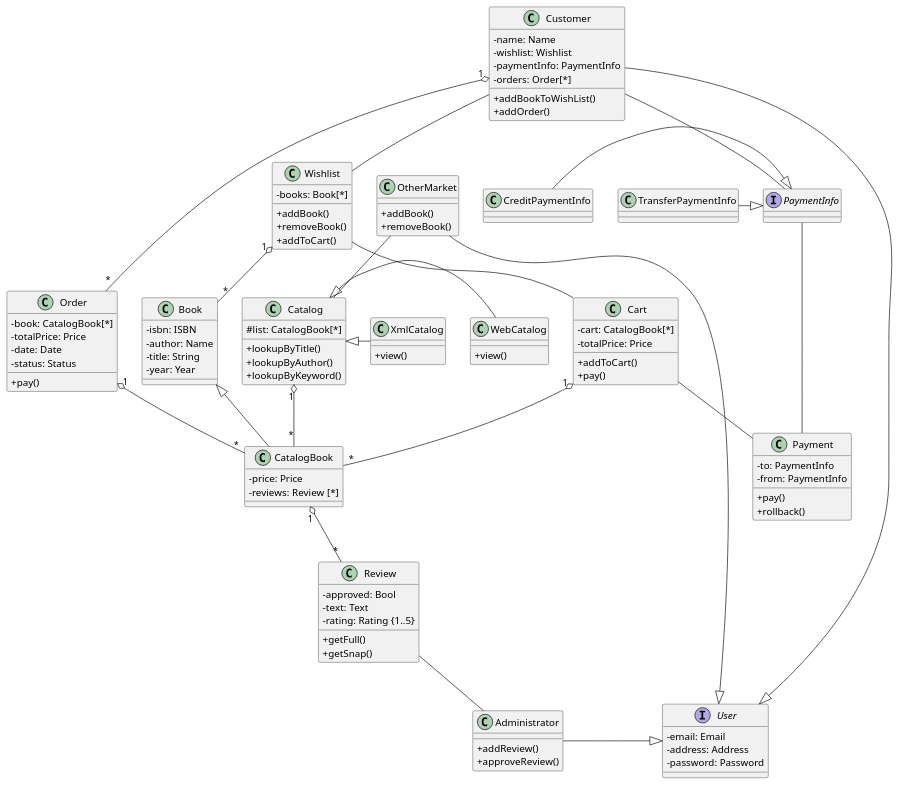
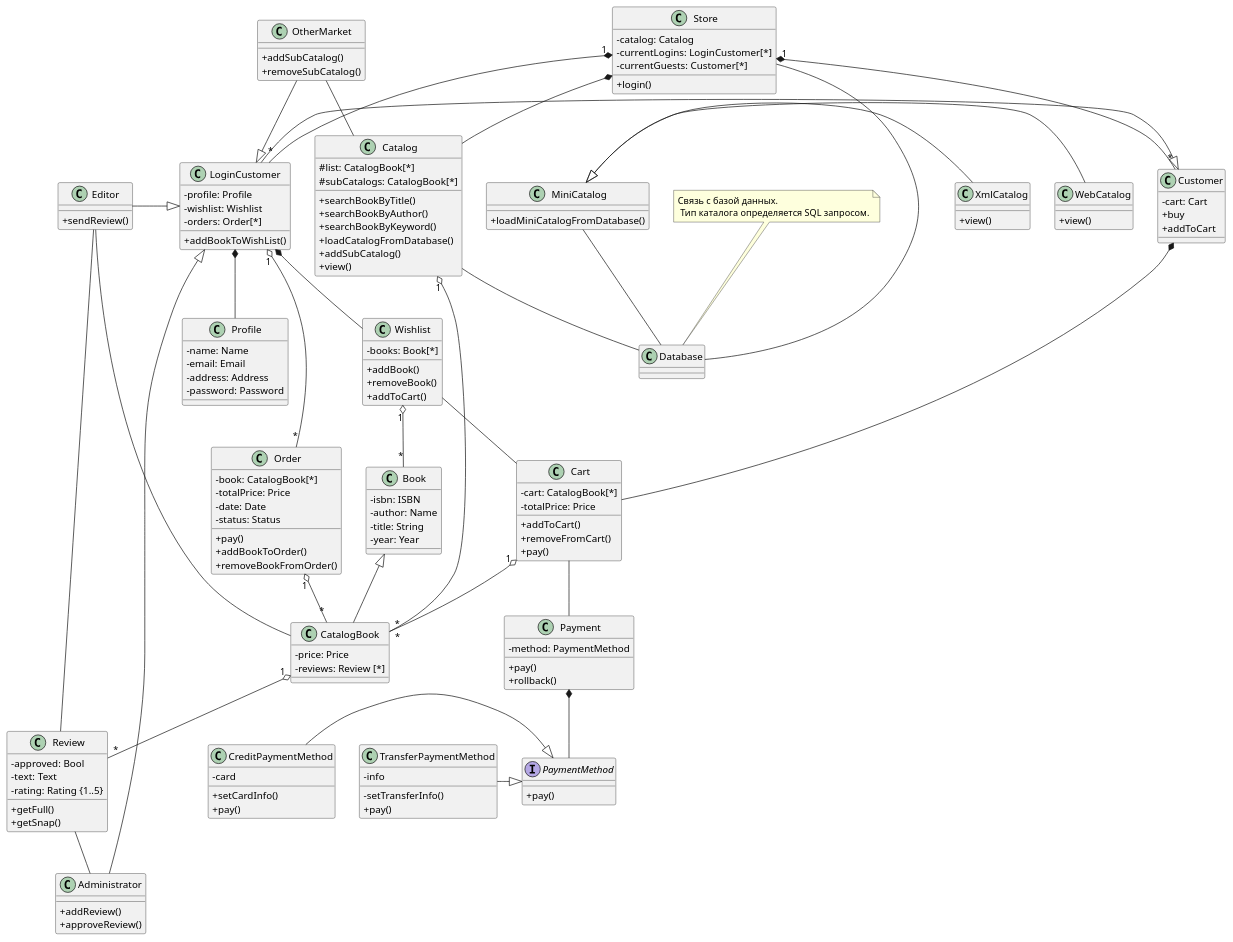
One commit to kuklinamd/sdhw changed the diagram in hw5/bookshop.puml. Above: the diagram before and after it, drawn with PlantUML. The commit also changed 1 other file, not shown here.

```diff
--- a/hw5/bookshop.puml
+++ b/hw5/bookshop.puml
@@ -1,119 +1,169 @@
 @startuml
 skinparam classAttributeIconSize 0
 
 class Book {
 	-isbn: ISBN
 	-author: Name
 	-title: String
 	-year: Year
 }
 
 class CatalogBook {
 	-price: Price
 	-reviews: Review [*]
 }
 Book <|-- CatalogBook
 
-interface User {
+class Profile {
+    -name: Name
 	-email: Email
 	-address: Address
 	-password: Password
 }
 
 class Wishlist {
 	-books: Book[*]
 	+addBook()
 	+removeBook()
 	+addToCart()
 }
 Wishlist -- Cart
 Wishlist "1" o-- "*" Book
 
 class Customer {
-    -name: Name
+	-cart: Cart
+	+buy
+	+addToCart
+}
+Customer *-- Cart
+
+class LoginCustomer {
+    -profile: Profile
 	-wishlist: Wishlist
-	-paymentInfo: PaymentInfo
 	-orders: Order[*]
 
 	+addBookToWishList()
-	+addOrder()
 }
-Customer -|> User
-Customer -- PaymentInfo
-Customer "1" o-- "*" Order
-Customer -- Wishlist
+LoginCustomer -|> Customer
+LoginCustomer "1" o-- "*" Order
+LoginCustomer *-- Wishlist
+LoginCustomer *-- Profile
 
 class Administrator {
 	+ addReview()
 	+ approveReview()
 }
-Administrator -|> User
+Administrator -|> LoginCustomer
 Review -- Administrator
 
 class OtherMarket {
-    +addBook()
-    +removeBook()
+    +addSubCatalog()
+    +removeSubCatalog()
 }
-OtherMarket -|> User
+OtherMarket -|> LoginCustomer
 OtherMarket -- Catalog
+
+class Editor {
+	+sendReview()
+}
+Editor -|> LoginCustomer
+Editor -- CatalogBook
+Editor -- Review
 
 class Review {
     -approved: Bool
     -text: Text
     -rating: Rating {1..5}
 	+getFull()
 	+getSnap()
 }
 CatalogBook "1" o-- "*" Review
 
 class Order {
 	-book: CatalogBook[*]
 	-totalPrice: Price
 	-date: Date
 	-status: Status
 	+pay()
+	+addBookToOrder()
+	+removeBookFromOrder()
 }
 Order "1" o-- "*" CatalogBook
 
 class Cart {
 	-cart: CatalogBook[*]
 	-totalPrice: Price
 	+addToCart()
+	+removeFromCart()
 	+pay()
 }
 Cart "1" o-- "*" CatalogBook
 Cart -- Payment
 
 class Payment {
-	-to: PaymentInfo
-	-from: PaymentInfo
+	-method: PaymentMethod
 	+pay()
 	+rollback()
 }
 
-interface PaymentInfo
-class CreditPaymentInfo
-class TransferPaymentInfo
-TransferPaymentInfo -|> PaymentInfo
-CreditPaymentInfo -|> PaymentInfo
-PaymentInfo -- Payment
+interface PaymentMethod {
+	+pay()
+}
+class CreditPaymentMethod {
+    -card
+    +setCardInfo()
+    +pay()
+}
+class TransferPaymentMethod {
+    -info
+    -setTransferInfo()
+    +pay()
+}
+
+TransferPaymentMethod -|> PaymentMethod
+CreditPaymentMethod -|> PaymentMethod
+Payment *-- PaymentMethod
+
+class Database
+note top of Database : Связь с базой данных. \n Тип каталога определяется SQL запросом.
 
 class Catalog {
     #list: CatalogBook[*]
-	+lookupByTitle()
-	+lookupByAuthor()
-	+lookupByKeyword()
+    #subCatalogs: CatalogBook[*]
+	+searchBookByTitle()
+	+searchBookByAuthor()
+	+searchBookByKeyword()
+	+loadCatalogFromDatabase()
+	+addSubCatalog()
+	+view()
 }
 Catalog "1" o-- "*" CatalogBook
+Catalog -- Database
+
+class MiniCatalog {
+	+loadMiniCatalogFromDatabase()
+}
+MiniCatalog -- Database
 
 class XmlCatalog {
 	+view()
 }
-Catalog <|- XmlCatalog
+MiniCatalog <|- XmlCatalog
 
 class WebCatalog {
 	+view()
 }
-Catalog <|- WebCatalog
+MiniCatalog <|- WebCatalog
+
+class Store {
+	-catalog: Catalog
+	-currentLogins: LoginCustomer[*]
+	-currentGuests: Customer[*]
+	+login()
+}
+Store *-- Catalog
+Store "1" *-- "*" LoginCustomer
+Store "1" *-- "*" Customer
+Store -- Database
 
 @enduml
```
